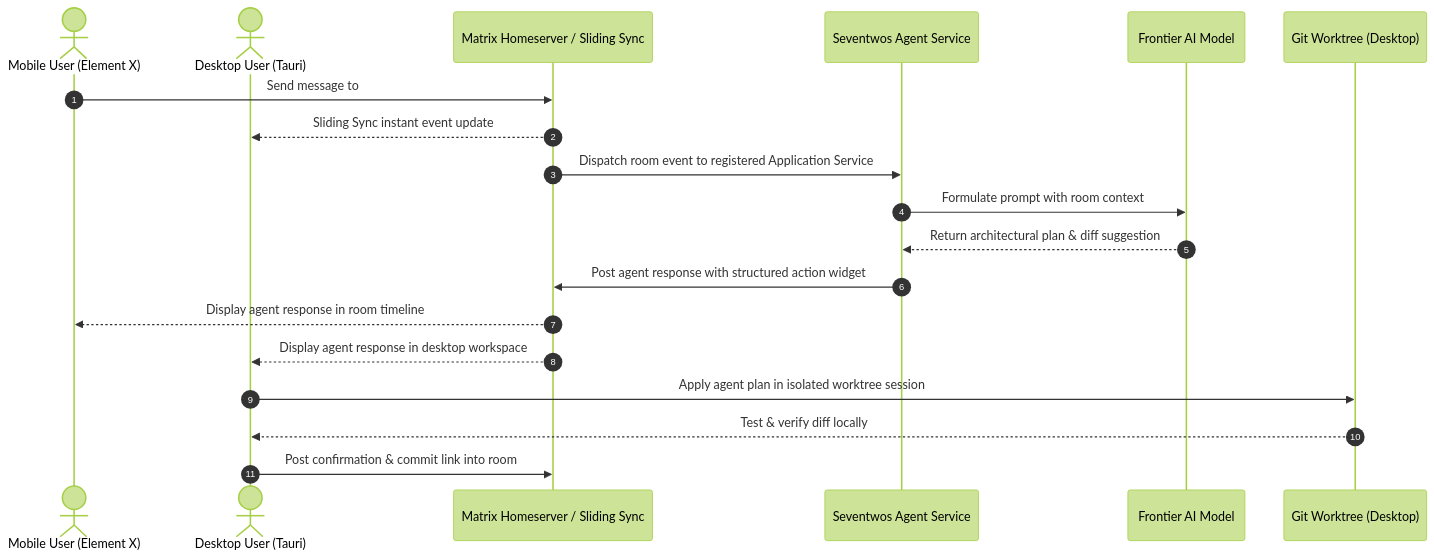
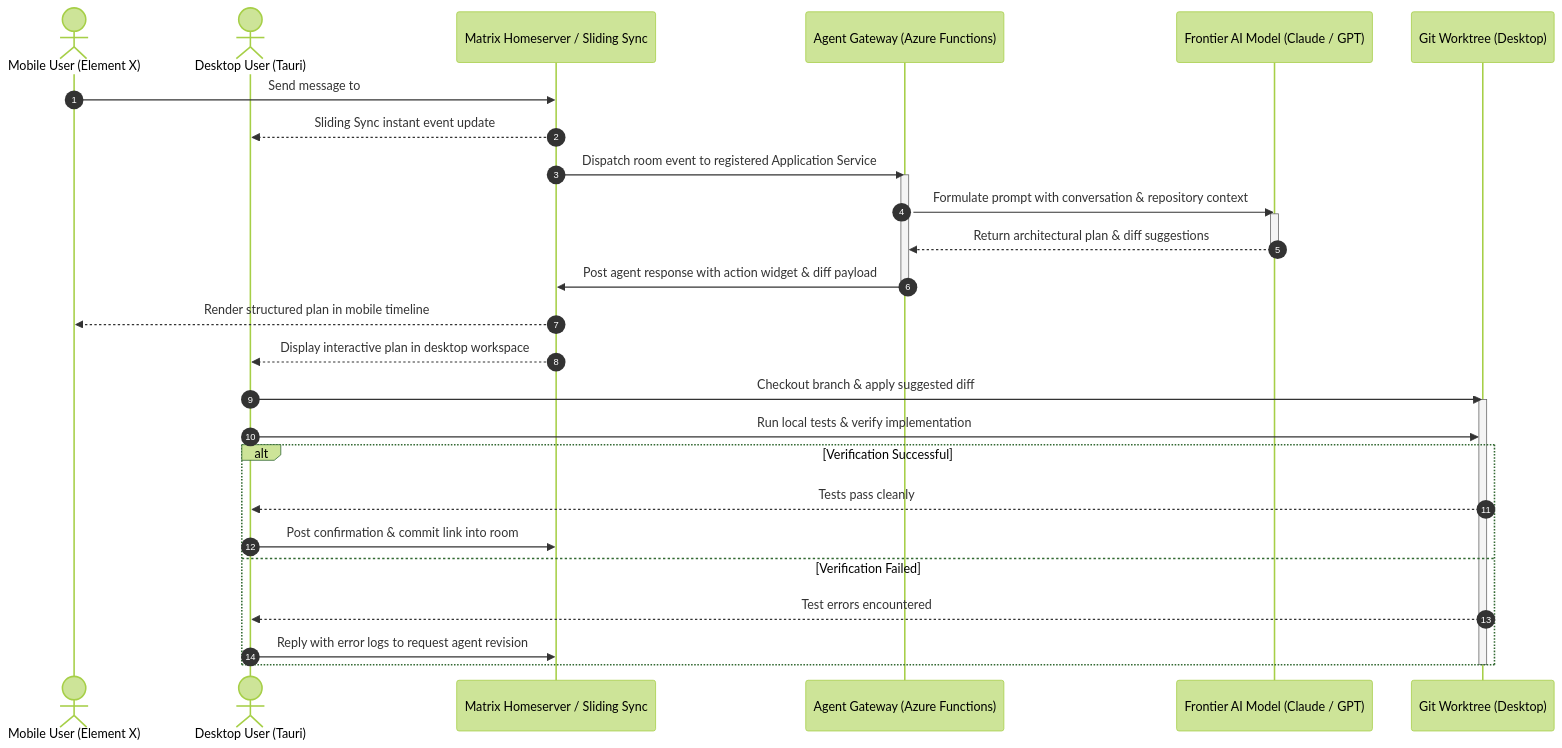
The second of 2 diagrams in stack.md (seventwos-app/how-we-work), drawn with Mermaid (forest theme) before and after one commit. The commit also changed other lines of this file and 4 other files, not shown here.

Commit message:
docs: add Visual Architect agent, mermaid skill, and refined diagrams

````diff
--- a/stack.md
+++ b/stack.md
@@ -183,22 +183,35 @@
 ```mermaid
 sequenceDiagram
     autonumber
     actor MobileUser as Mobile User (Element X)
     actor DesktopUser as Desktop User (Tauri)
     participant Matrix as Matrix Homeserver / Sliding Sync
-    participant AgentAS as Seventwos Agent Service
-    participant LLM as Frontier AI Model
+    participant AgentAS as Agent Gateway (Azure Functions)
+    participant LLM as Frontier AI Model (Claude / GPT)
     participant Worktree as Git Worktree (Desktop)
 
     MobileUser->>Matrix: Send message to #project room: "Plan desktop auth flow"
     Matrix-->>DesktopUser: Sliding Sync instant event update
     Matrix->>AgentAS: Dispatch room event to registered Application Service
-    AgentAS->>LLM: Formulate prompt with room context
-    LLM-->>AgentAS: Return architectural plan & diff suggestion
-    AgentAS->>Matrix: Post agent response with structured action widget
-    Matrix-->>MobileUser: Display agent response in room timeline
-    Matrix-->>DesktopUser: Display agent response in desktop workspace
-    DesktopUser->>Worktree: Apply agent plan in isolated worktree session
-    Worktree-->>DesktopUser: Test & verify diff locally
-    DesktopUser->>Matrix: Post confirmation & commit link into room
+    activate AgentAS
+    AgentAS->>LLM: Formulate prompt with conversation & repository context
+    activate LLM
+    LLM-->>AgentAS: Return architectural plan & diff suggestions
+    deactivate LLM
+    AgentAS->>Matrix: Post agent response with action widget & diff payload
+    deactivate AgentAS
+    Matrix-->>MobileUser: Render structured plan in mobile timeline
+    Matrix-->>DesktopUser: Display interactive plan in desktop workspace
+    
+    DesktopUser->>Worktree: Checkout branch & apply suggested diff
+    activate Worktree
+    DesktopUser->>Worktree: Run local tests & verify implementation
+    alt Verification Successful
+        Worktree-->>DesktopUser: Tests pass cleanly
+        DesktopUser->>Matrix: Post confirmation & commit link into room
+    else Verification Failed
+        Worktree-->>DesktopUser: Test errors encountered
+        DesktopUser->>Matrix: Reply with error logs to request agent revision
+    end
+    deactivate Worktree
 ```
````
